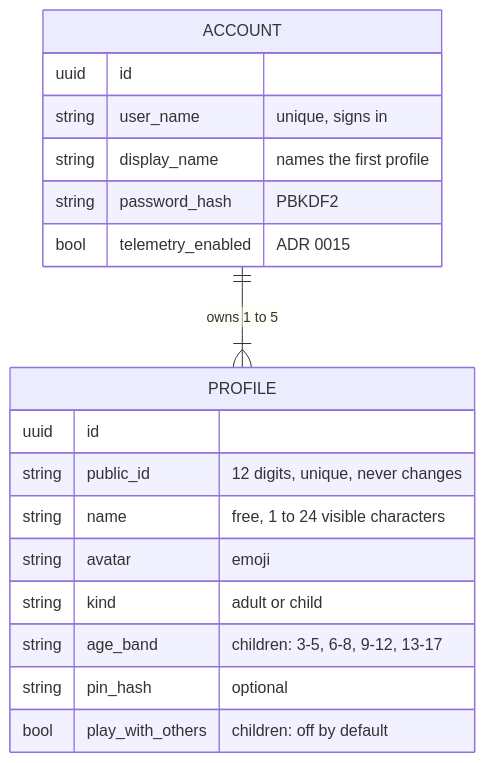
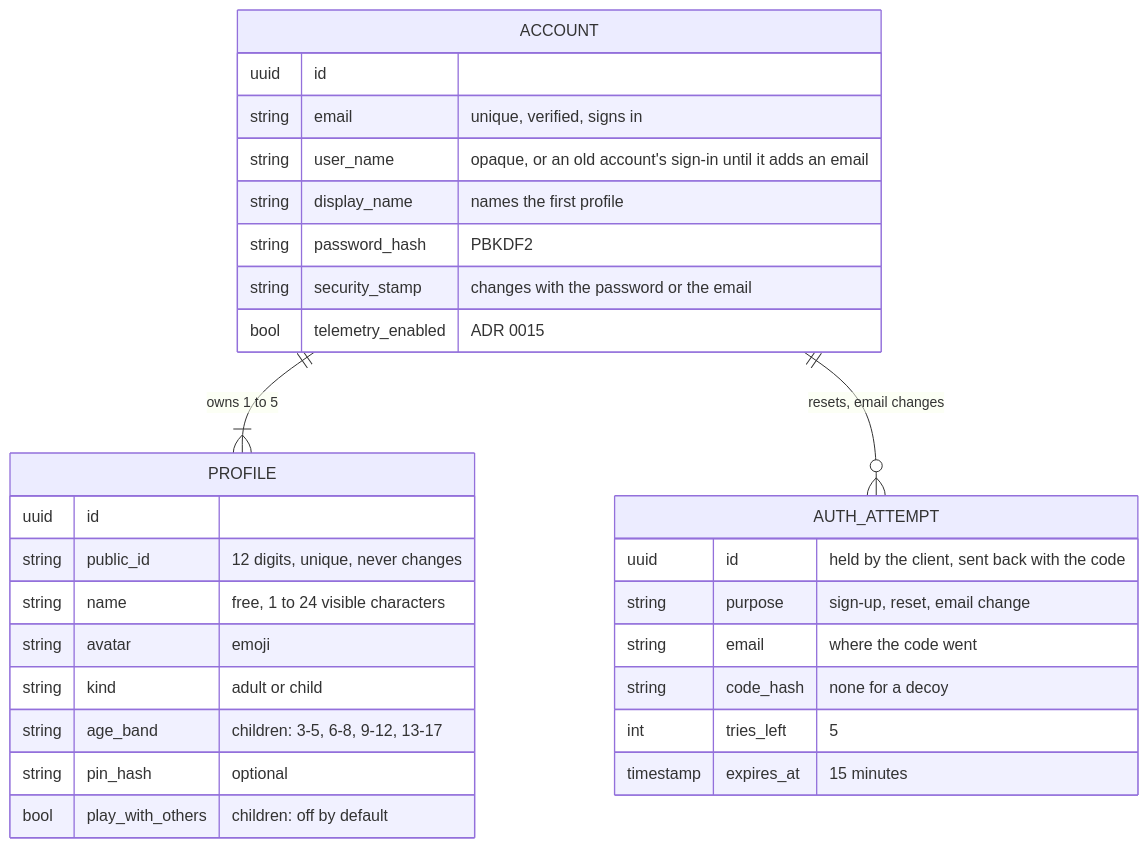
One commit to vinh466/tohe-play changed the first of 6 diagrams in docs/architecture/identity.md. Above: the diagram before and after it, drawn with Mermaid. The commit also changed other lines of this file and 8 other files, not shown here.

First line of the commit message:
docs: email identifies an account (ADR 0024)

````diff
--- a/docs/architecture/identity.md
+++ b/docs/architecture/identity.md
@@ -14,21 +15,32 @@
 ```mermaid
 erDiagram
   ACCOUNT ||--|{ PROFILE : "owns 1 to 5"
+  ACCOUNT ||--o{ AUTH_ATTEMPT : "resets, email changes"
   ACCOUNT {
     uuid id
-    string user_name "unique, signs in"
+    string email "unique, verified, signs in"
+    string user_name "opaque, or an old account's sign-in until it adds an email"
     string display_name "names the first profile"
     string password_hash "PBKDF2"
+    string security_stamp "changes with the password or the email"
     bool telemetry_enabled "ADR 0015"
   }
   PROFILE {
     uuid id
     string public_id "12 digits, unique, never changes"
     string name "free, 1 to 24 visible characters"
     string avatar "emoji"
     string kind "adult or child"
     string age_band "children: 3-5, 6-8, 9-12, 13-17"
     string pin_hash "optional"
     bool play_with_others "children: off by default"
   }
+  AUTH_ATTEMPT {
+    uuid id "held by the client, sent back with the code"
+    string purpose "sign-up, reset, email change"
+    string email "where the code went"
+    string code_hash "none for a decoy"
+    int tries_left "5"
+    timestamp expires_at "15 minutes"
+  }
 ```
````
